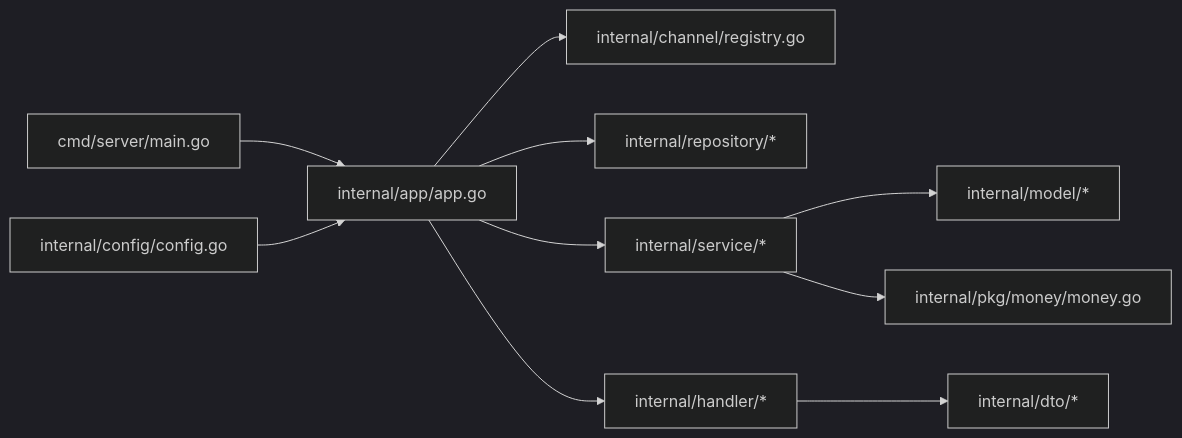
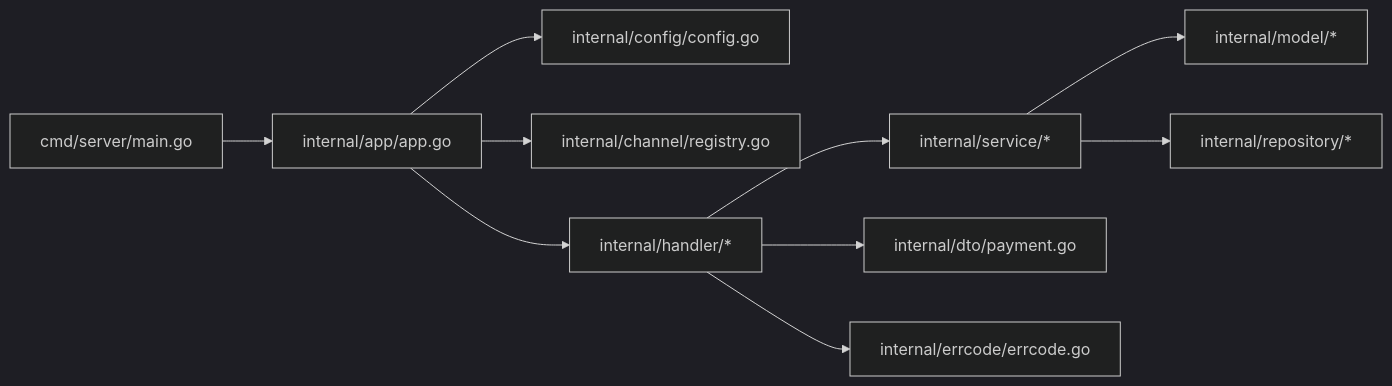
One commit to gbtdesign/payment changed the eighth of 9 diagrams in .qoder/repowiki/zh/content/开发指南.md. Above: the diagram before and after it, drawn with Mermaid (dark theme). The commit also changed other lines of this file and 107 other files, not shown here.

````diff
--- a/.qoder/repowiki/zh/content/开发指南.md
+++ b/.qoder/repowiki/zh/content/开发指南.md
@@ -370,12 +358,12 @@
 ```mermaid
 graph LR
-main["cmd/server/main.go"] --> app["internal/app/app.go"]
-app --> channel_reg["internal/channel/registry.go"]
-app --> repo["internal/repository/*"]
-app --> svc["internal/service/*"]
-app --> handler["internal/handler/*"]
-svc --> model["internal/model/*"]
-svc --> pkg_money["internal/pkg/money/money.go"]
-handler --> dto["internal/dto/*"]
-config["internal/config/config.go"] --> app
+Main["cmd/server/main.go"] --> App["internal/app/app.go"]
+App --> Config["internal/config/config.go"]
+App --> ChannelReg["internal/channel/registry.go"]
+App --> Handler["internal/handler/*"]
+Handler --> Service["internal/service/*"]
+Service --> Model["internal/model/*"]
+Service --> Repo["internal/repository/*"]
+Handler --> DTO["internal/dto/payment.go"]
+Handler --> ErrCode["internal/errcode/errcode.go"]
 ```
````
